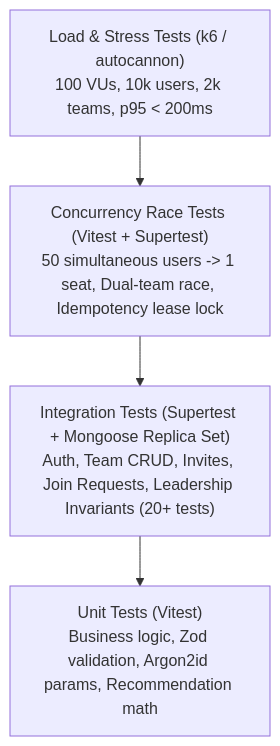
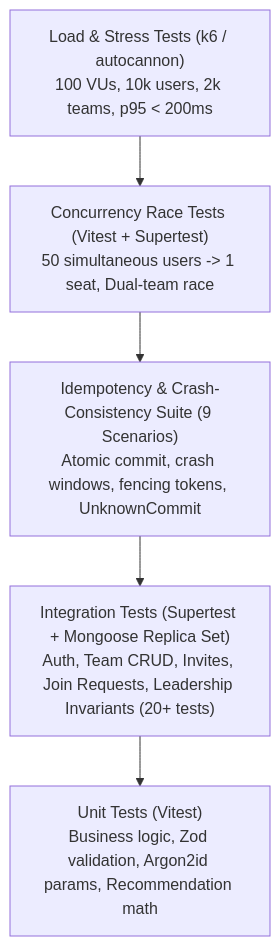
One commit to m4ulikP/CrewConnect changed the diagram in docs/testing-strategy.md. Above: the diagram before and after it, drawn with Mermaid. The commit also changed other lines of this file and 5 other files, not shown here.

Commit message:
docs(idempotency): implement fenced lease with in-transaction atomic completion

````diff
--- a/docs/testing-strategy.md
+++ b/docs/testing-strategy.md
@@ -14,11 +14,13 @@
 ```mermaid
 flowchart TD
     LT["Load & Stress Tests (k6 / autocannon)\n100 VUs, 10k users, 2k teams, p95 < 200ms"]
-    CT["Concurrency Race Tests (Vitest + Supertest)\n50 simultaneous users -> 1 seat, Dual-team race, Idempotency lease lock"]
+    CT["Concurrency Race Tests (Vitest + Supertest)\n50 simultaneous users -> 1 seat, Dual-team race"]
     IT["Integration Tests (Supertest + Mongoose Replica Set)\nAuth, Team CRUD, Invites, Join Requests, Leadership Invariants (20+ tests)"]
+    IDEMP["Idempotency & Crash-Consistency Suite (9 Scenarios)\nAtomic commit, crash windows, fencing tokens, UnknownCommit"]
     UT["Unit Tests (Vitest)\nBusiness logic, Zod validation, Argon2id params, Recommendation math"]
 
     LT --> CT
-    CT --> IT
+    CT --> IDEMP
+    IDEMP --> IT
     IT --> UT
 ```
````
